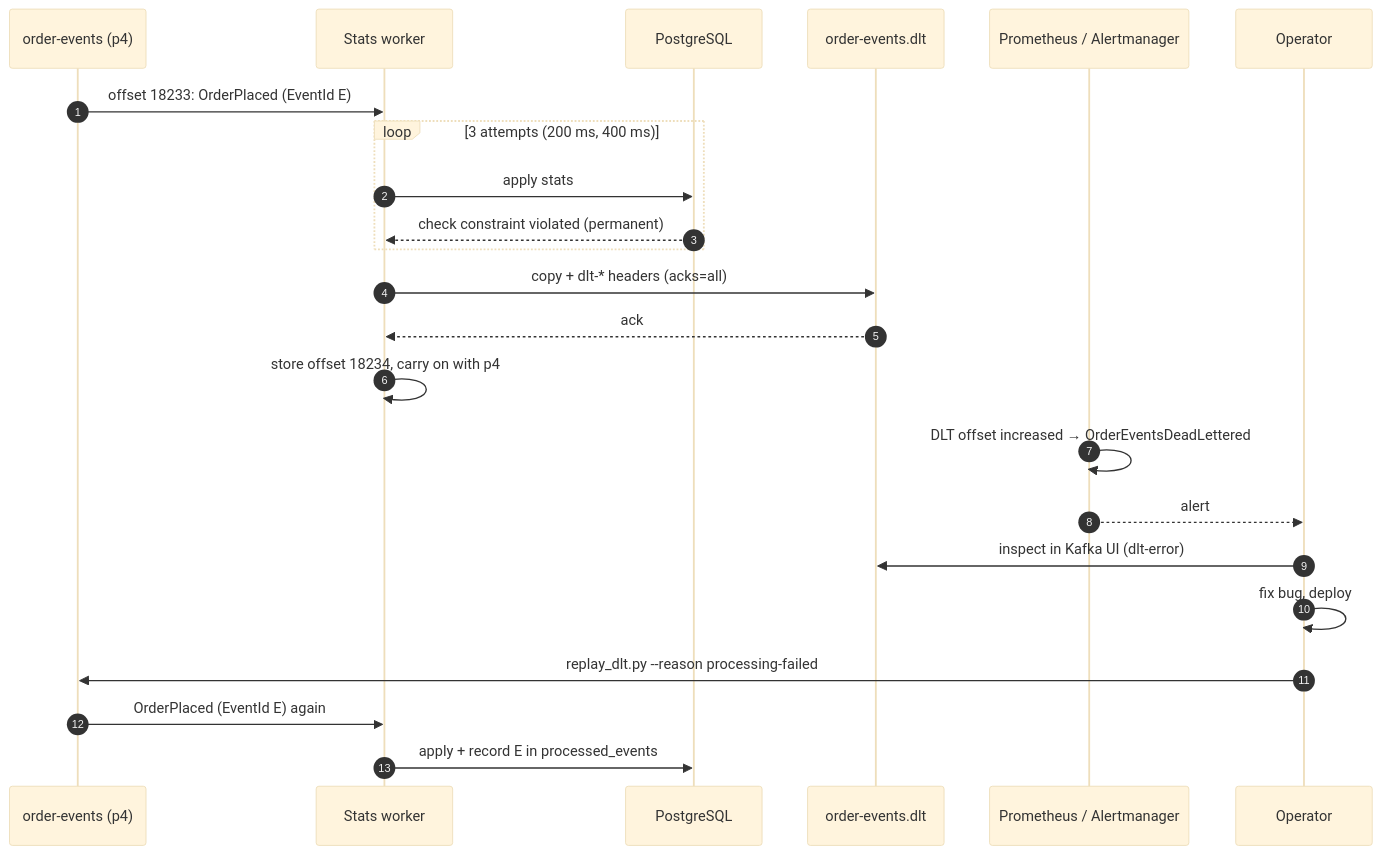
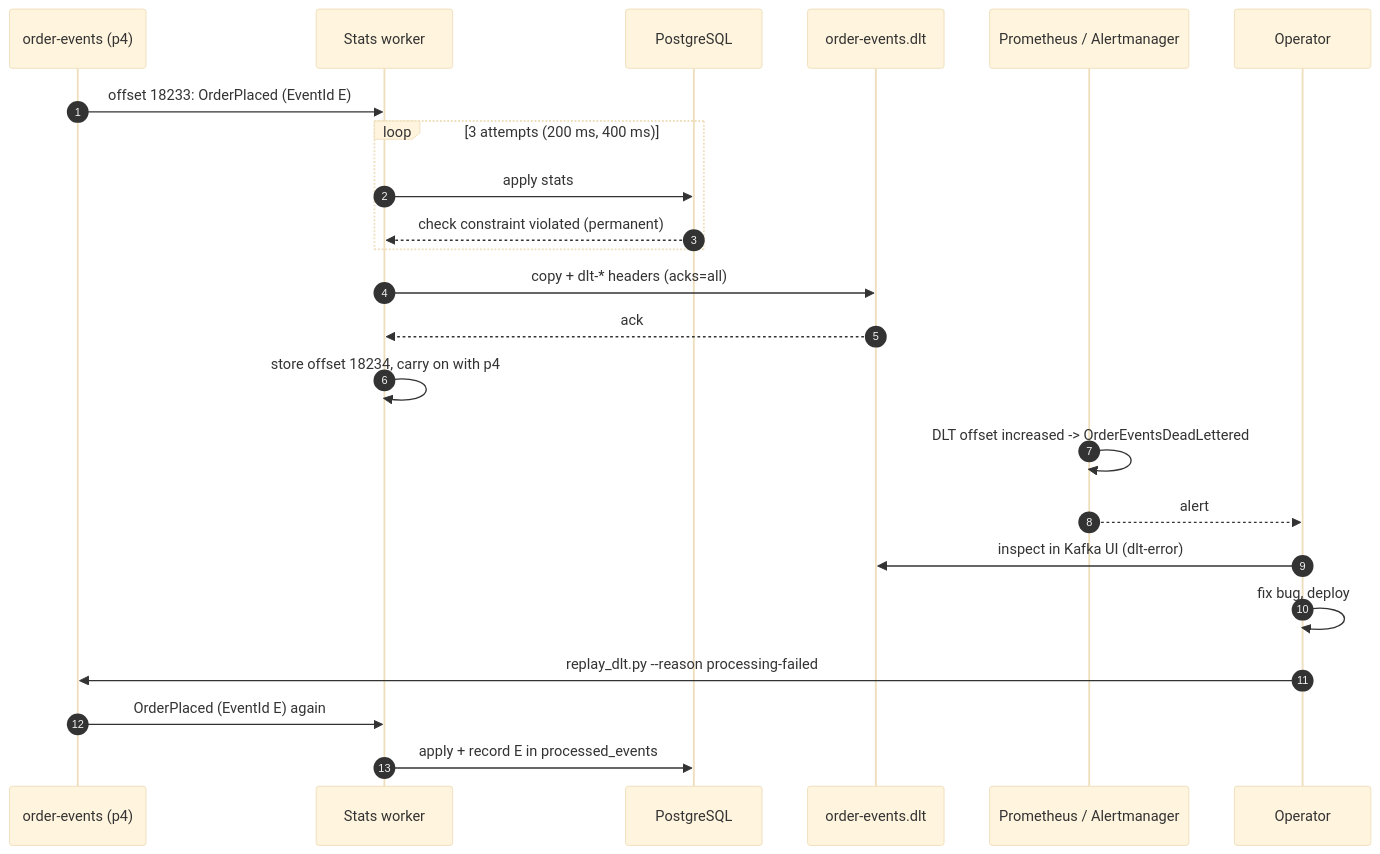
One commit to ring9834/BrewQueue changed the fourth of 4 diagrams in docs/dead-letter-queues.md. Above: the diagram before and after it, drawn with Mermaid (base theme). The commit also changed other lines of this file and 5 other files, not shown here.

````diff
--- a/docs/dead-letter-queues.md
+++ b/docs/dead-letter-queues.md
@@ -336,26 +336,26 @@
 ```mermaid
 sequenceDiagram
     autonumber
     participant K as order-events (p4)
     participant W as Stats worker
     participant DB as PostgreSQL
     participant D as order-events.dlt
     participant P as Prometheus / Alertmanager
     participant O as Operator
 
     K->>W: offset 18233: OrderPlaced (EventId E)
     loop 3 attempts (200 ms, 400 ms)
         W->>DB: apply stats
         DB-->>W: check constraint violated (permanent)
     end
     W->>D: copy + dlt-* headers (acks=all)
     D-->>W: ack
     W->>W: store offset 18234, carry on with p4
-    P->>P: DLT offset increased → OrderEventsDeadLettered
+    P->>P: DLT offset increased -> OrderEventsDeadLettered
     P-->>O: alert
     O->>D: inspect in Kafka UI (dlt-error)
     O->>O: fix bug, deploy
     O->>K: replay_dlt.py --reason processing-failed
     K->>W: OrderPlaced (EventId E) again
     W->>DB: apply + record E in processed_events
 ```
````
